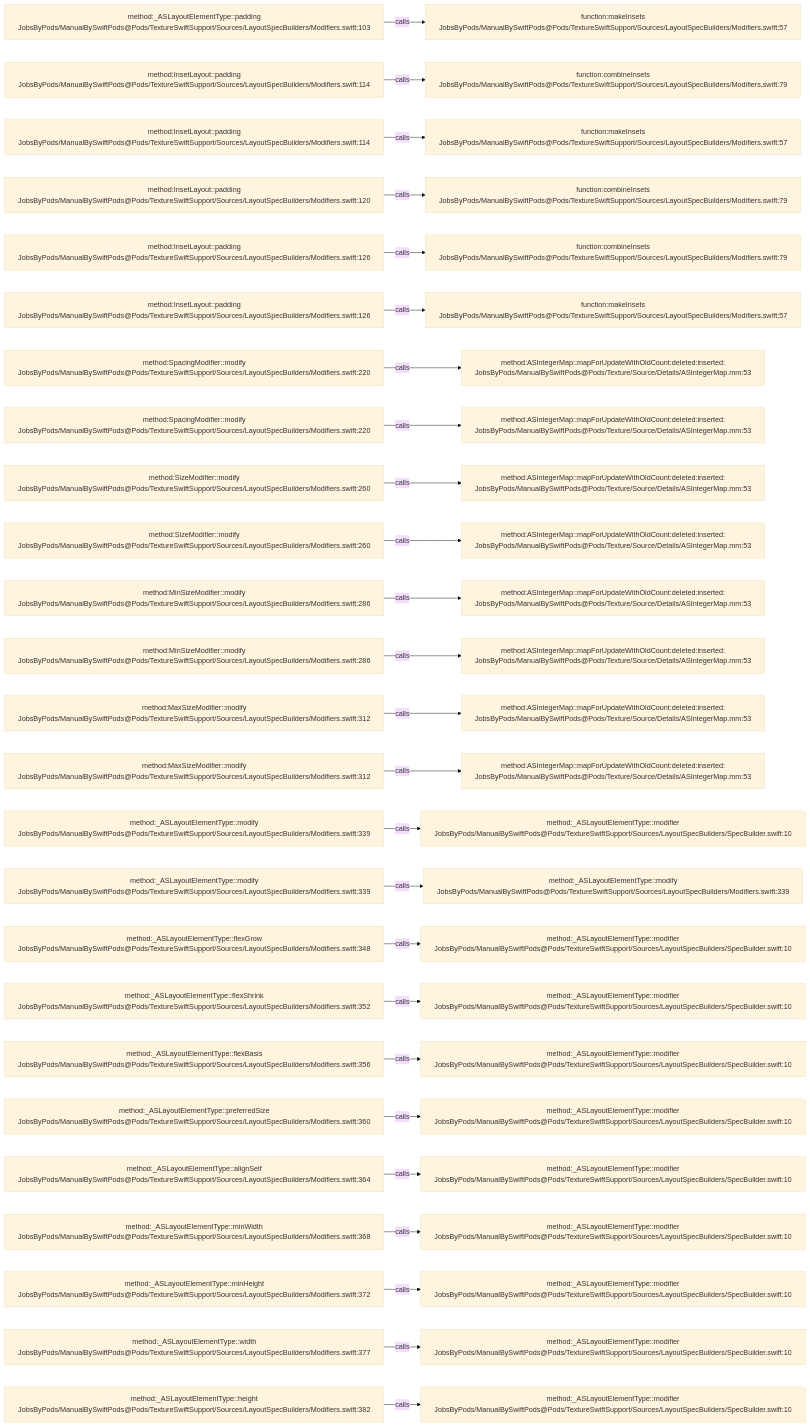
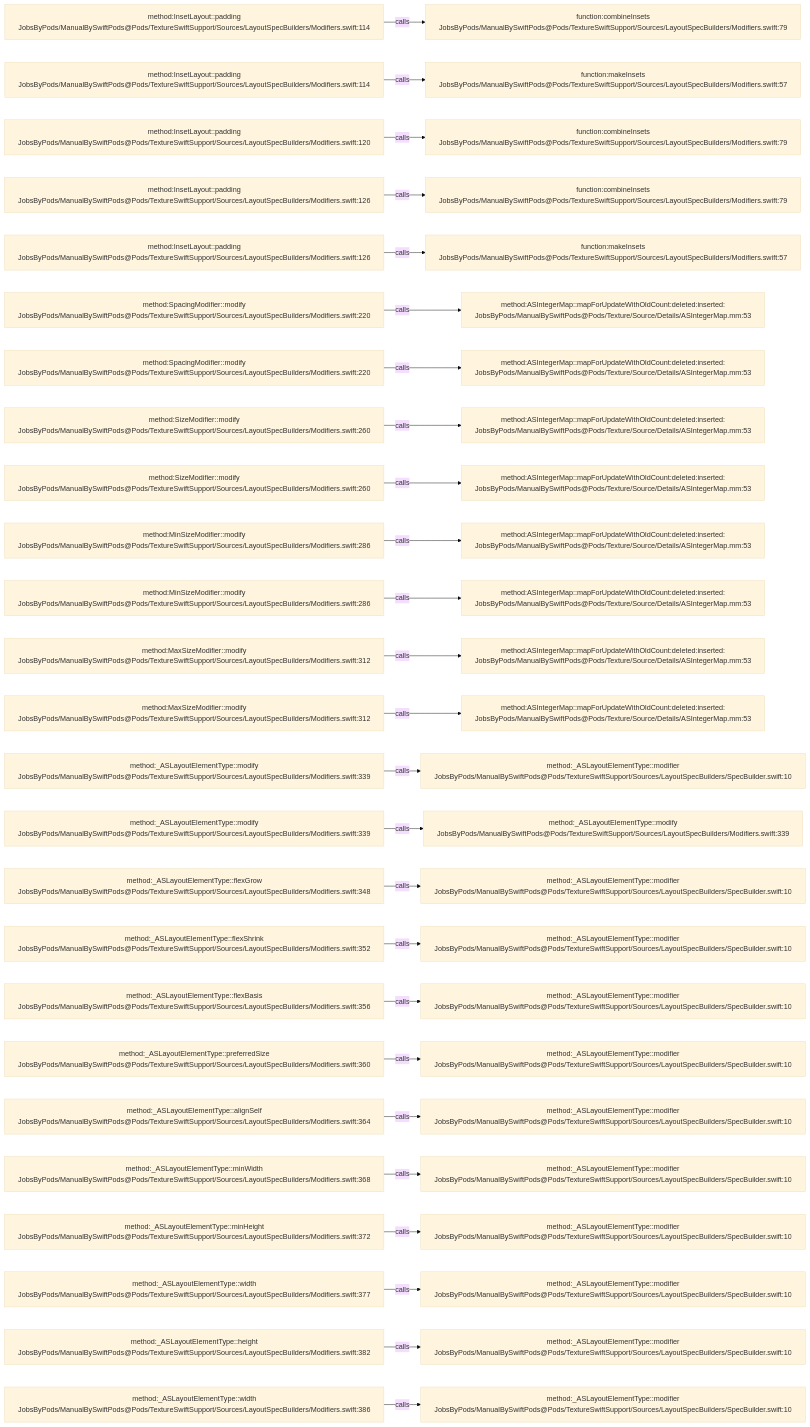
The diagram in .codegraph/codegraph.md/graphs/calls-158.md (JobsKits/JobsSwiftBaseConfigDemo), drawn with Mermaid (base theme) before and after one commit. The commit also changed 747 other files, not shown here.

````diff
--- a/.codegraph/codegraph.md/graphs/calls-158.md
+++ b/.codegraph/codegraph.md/graphs/calls-158.md
@@ -13,78 +13,78 @@
 ```mermaid
 flowchart LR
-  S1["method:_ASLayoutElementType::padding<br/>JobsByPods/ManualBySwiftPods@Pods/TextureSwiftSupport/Sources/LayoutSpecBuilders/Modifiers.swift:103"]
-  T1["function:makeInsets<br/>JobsByPods/ManualBySwiftPods@Pods/TextureSwiftSupport/Sources/LayoutSpecBuilders/Modifiers.swift:57"]
+  S1["method:InsetLayout::padding<br/>JobsByPods/ManualBySwiftPods@Pods/TextureSwiftSupport/Sources/LayoutSpecBuilders/Modifiers.swift:114"]
+  T1["function:combineInsets<br/>JobsByPods/ManualBySwiftPods@Pods/TextureSwiftSupport/Sources/LayoutSpecBuilders/Modifiers.swift:79"]
   S1 -->|calls| T1
   S2["method:InsetLayout::padding<br/>JobsByPods/ManualBySwiftPods@Pods/TextureSwiftSupport/Sources/LayoutSpecBuilders/Modifiers.swift:114"]
-  T2["function:combineInsets<br/>JobsByPods/ManualBySwiftPods@Pods/TextureSwiftSupport/Sources/LayoutSpecBuilders/Modifiers.swift:79"]
+  T2["function:makeInsets<br/>JobsByPods/ManualBySwiftPods@Pods/TextureSwiftSupport/Sources/LayoutSpecBuilders/Modifiers.swift:57"]
   S2 -->|calls| T2
-  S3["method:InsetLayout::padding<br/>JobsByPods/ManualBySwiftPods@Pods/TextureSwiftSupport/Sources/LayoutSpecBuilders/Modifiers.swift:114"]
-  T3["function:makeInsets<br/>JobsByPods/ManualBySwiftPods@Pods/TextureSwiftSupport/Sources/LayoutSpecBuilders/Modifiers.swift:57"]
+  S3["method:InsetLayout::padding<br/>JobsByPods/ManualBySwiftPods@Pods/TextureSwiftSupport/Sources/LayoutSpecBuilders/Modifiers.swift:120"]
+  T3["function:combineInsets<br/>JobsByPods/ManualBySwiftPods@Pods/TextureSwiftSupport/Sources/LayoutSpecBuilders/Modifiers.swift:79"]
   S3 -->|calls| T3
-  S4["method:InsetLayout::padding<br/>JobsByPods/ManualBySwiftPods@Pods/TextureSwiftSupport/Sources/LayoutSpecBuilders/Modifiers.swift:120"]
+  S4["method:InsetLayout::padding<br/>JobsByPods/ManualBySwiftPods@Pods/TextureSwiftSupport/Sources/LayoutSpecBuilders/Modifiers.swift:126"]
   T4["function:combineInsets<br/>JobsByPods/ManualBySwiftPods@Pods/TextureSwiftSupport/Sources/LayoutSpecBuilders/Modifiers.swift:79"]
   S4 -->|calls| T4
   S5["method:InsetLayout::padding<br/>JobsByPods/ManualBySwiftPods@Pods/TextureSwiftSupport/Sources/LayoutSpecBuilders/Modifiers.swift:126"]
-  T5["function:combineInsets<br/>JobsByPods/ManualBySwiftPods@Pods/TextureSwiftSupport/Sources/LayoutSpecBuilders/Modifiers.swift:79"]
+  T5["function:makeInsets<br/>JobsByPods/ManualBySwiftPods@Pods/TextureSwiftSupport/Sources/LayoutSpecBuilders/Modifiers.swift:57"]
   S5 -->|calls| T5
-  S6["method:InsetLayout::padding<br/>JobsByPods/ManualBySwiftPods@Pods/TextureSwiftSupport/Sources/LayoutSpecBuilders/Modifiers.swift:126"]
-  T6["function:makeInsets<br/>JobsByPods/ManualBySwiftPods@Pods/TextureSwiftSupport/Sources/LayoutSpecBuilders/Modifiers.swift:57"]
+  S6["method:SpacingModifier::modify<br/>JobsByPods/ManualBySwiftPods@Pods/TextureSwiftSupport/Sources/LayoutSpecBuilders/Modifiers.swift:220"]
+  T6["method:ASIntegerMap::mapForUpdateWithOldCount:deleted:inserted:<br/>JobsByPods/ManualBySwiftPods@Pods/Texture/Source/Details/ASIntegerMap.mm:53"]
   S6 -->|calls| T6
   S7["method:SpacingModifier::modify<br/>JobsByPods/ManualBySwiftPods@Pods/TextureSwiftSupport/Sources/LayoutSpecBuilders/Modifiers.swift:220"]
   T7["method:ASIntegerMap::mapForUpdateWithOldCount:deleted:inserted:<br/>JobsByPods/ManualBySwiftPods@Pods/Texture/Source/Details/ASIntegerMap.mm:53"]
   S7 -->|calls| T7
-  S8["method:SpacingModifier::modify<br/>JobsByPods/ManualBySwiftPods@Pods/TextureSwiftSupport/Sources/LayoutSpecBuilders/Modifiers.swift:220"]
+  S8["method:SizeModifier::modify<br/>JobsByPods/ManualBySwiftPods@Pods/TextureSwiftSupport/Sources/LayoutSpecBuilders/Modifiers.swift:260"]
   T8["method:ASIntegerMap::mapForUpdateWithOldCount:deleted:inserted:<br/>JobsByPods/ManualBySwiftPods@Pods/Texture/Source/Details/ASIntegerMap.mm:53"]
   S8 -->|calls| T8
   S9["method:SizeModifier::modify<br/>JobsByPods/ManualBySwiftPods@Pods/TextureSwiftSupport/Sources/LayoutSpecBuilders/Modifiers.swift:260"]
   T9["method:ASIntegerMap::mapForUpdateWithOldCount:deleted:inserted:<br/>JobsByPods/ManualBySwiftPods@Pods/Texture/Source/Details/ASIntegerMap.mm:53"]
   S9 -->|calls| T9
-  S10["method:SizeModifier::modify<br/>JobsByPods/ManualBySwiftPods@Pods/TextureSwiftSupport/Sources/LayoutSpecBuilders/Modifiers.swift:260"]
+  S10["method:MinSizeModifier::modify<br/>JobsByPods/ManualBySwiftPods@Pods/TextureSwiftSupport/Sources/LayoutSpecBuilders/Modifiers.swift:286"]
   T10["method:ASIntegerMap::mapForUpdateWithOldCount:deleted:inserted:<br/>JobsByPods/ManualBySwiftPods@Pods/Texture/Source/Details/ASIntegerMap.mm:53"]
   S10 -->|calls| T10
   S11["method:MinSizeModifier::modify<br/>JobsByPods/ManualBySwiftPods@Pods/TextureSwiftSupport/Sources/LayoutSpecBuilders/Modifiers.swift:286"]
   T11["method:ASIntegerMap::mapForUpdateWithOldCount:deleted:inserted:<br/>JobsByPods/ManualBySwiftPods@Pods/Texture/Source/Details/ASIntegerMap.mm:53"]
   S11 -->|calls| T11
-  S12["method:MinSizeModifier::modify<br/>JobsByPods/ManualBySwiftPods@Pods/TextureSwiftSupport/Sources/LayoutSpecBuilders/Modifiers.swift:286"]
+  S12["method:MaxSizeModifier::modify<br/>JobsByPods/ManualBySwiftPods@Pods/TextureSwiftSupport/Sources/LayoutSpecBuilders/Modifiers.swift:312"]
   T12["method:ASIntegerMap::mapForUpdateWithOldCount:deleted:inserted:<br/>JobsByPods/ManualBySwiftPods@Pods/Texture/Source/Details/ASIntegerMap.mm:53"]
   S12 -->|calls| T12
   S13["method:MaxSizeModifier::modify<br/>JobsByPods/ManualBySwiftPods@Pods/TextureSwiftSupport/Sources/LayoutSpecBuilders/Modifiers.swift:312"]
   T13["method:ASIntegerMap::mapForUpdateWithOldCount:deleted:inserted:<br/>JobsByPods/ManualBySwiftPods@Pods/Texture/Source/Details/ASIntegerMap.mm:53"]
   S13 -->|calls| T13
-  S14["method:MaxSizeModifier::modify<br/>JobsByPods/ManualBySwiftPods@Pods/TextureSwiftSupport/Sources/LayoutSpecBuilders/Modifiers.swift:312"]
-  T14["method:ASIntegerMap::mapForUpdateWithOldCount:deleted:inserted:<br/>JobsByPods/ManualBySwiftPods@Pods/Texture/Source/Details/ASIntegerMap.mm:53"]
+  S14["method:_ASLayoutElementType::modify<br/>JobsByPods/ManualBySwiftPods@Pods/TextureSwiftSupport/Sources/LayoutSpecBuilders/Modifiers.swift:339"]
+  T14["method:_ASLayoutElementType::modifier<br/>JobsByPods/ManualBySwiftPods@Pods/TextureSwiftSupport/Sources/LayoutSpecBuilders/SpecBuilder.swift:10"]
   S14 -->|calls| T14
   S15["method:_ASLayoutElementType::modify<br/>JobsByPods/ManualBySwiftPods@Pods/TextureSwiftSupport/Sources/LayoutSpecBuilders/Modifiers.swift:339"]
-  T15["method:_ASLayoutElementType::modifier<br/>JobsByPods/ManualBySwiftPods@Pods/TextureSwiftSupport/Sources/LayoutSpecBuilders/SpecBuilder.swift:10"]
+  T15["method:_ASLayoutElementType::modify<br/>JobsByPods/ManualBySwiftPods@Pods/TextureSwiftSupport/Sources/LayoutSpecBuilders/Modifiers.swift:339"]
   S15 -->|calls| T15
-  S16["method:_ASLayoutElementType::modify<br/>JobsByPods/ManualBySwiftPods@Pods/TextureSwiftSupport/Sources/LayoutSpecBuilders/Modifiers.swift:339"]
-  T16["method:_ASLayoutElementType::modify<br/>JobsByPods/ManualBySwiftPods@Pods/TextureSwiftSupport/Sources/LayoutSpecBuilders/Modifiers.swift:339"]
+  S16["method:_ASLayoutElementType::flexGrow<br/>JobsByPods/ManualBySwiftPods@Pods/TextureSwiftSupport/Sources/LayoutSpecBuilders/Modifiers.swift:348"]
+  T16["method:_ASLayoutElementType::modifier<br/>JobsByPods/ManualBySwiftPods@Pods/TextureSwiftSupport/Sources/LayoutSpecBuilders/SpecBuilder.swift:10"]
   S16 -->|calls| T16
-  S17["method:_ASLayoutElementType::flexGrow<br/>JobsByPods/ManualBySwiftPods@Pods/TextureSwiftSupport/Sources/LayoutSpecBuilders/Modifiers.swift:348"]
+  S17["method:_ASLayoutElementType::flexShrink<br/>JobsByPods/ManualBySwiftPods@Pods/TextureSwiftSupport/Sources/LayoutSpecBuilders/Modifiers.swift:352"]
   T17["method:_ASLayoutElementType::modifier<br/>JobsByPods/ManualBySwiftPods@Pods/TextureSwiftSupport/Sources/LayoutSpecBuilders/SpecBuilder.swift:10"]
   S17 -->|calls| T17
-  S18["method:_ASLayoutElementType::flexShrink<br/>JobsByPods/ManualBySwiftPods@Pods/TextureSwiftSupport/Sources/LayoutSpecBuilders/Modifiers.swift:352"]
+  S18["method:_ASLayoutElementType::flexBasis<br/>JobsByPods/ManualBySwiftPods@Pods/TextureSwiftSupport/Sources/LayoutSpecBuilders/Modifiers.swift:356"]
   T18["method:_ASLayoutElementType::modifier<br/>JobsByPods/ManualBySwiftPods@Pods/TextureSwiftSupport/Sources/LayoutSpecBuilders/SpecBuilder.swift:10"]
   S18 -->|calls| T18
-  S19["method:_ASLayoutElementType::flexBasis<br/>JobsByPods/ManualBySwiftPods@Pods/TextureSwiftSupport/Sources/LayoutSpecBuilders/Modifiers.swift:356"]
+  S19["method:_ASLayoutElementType::preferredSize<br/>JobsByPods/ManualBySwiftPods@Pods/TextureSwiftSupport/Sources/LayoutSpecBuilders/Modifiers.swift:360"]
   T19["method:_ASLayoutElementType::modifier<br/>JobsByPods/ManualBySwiftPods@Pods/TextureSwiftSupport/Sources/LayoutSpecBuilders/SpecBuilder.swift:10"]
   S19 -->|calls| T19
-  S20["method:_ASLayoutElementType::preferredSize<br/>JobsByPods/ManualBySwiftPods@Pods/TextureSwiftSupport/Sources/LayoutSpecBuilders/Modifiers.swift:360"]
+  S20["method:_ASLayoutElementType::alignSelf<br/>JobsByPods/ManualBySwiftPods@Pods/TextureSwiftSupport/Sources/LayoutSpecBuilders/Modifiers.swift:364"]
   T20["method:_ASLayoutElementType::modifier<br/>JobsByPods/ManualBySwiftPods@Pods/TextureSwiftSupport/Sources/LayoutSpecBuilders/SpecBuilder.swift:10"]
   S20 -->|calls| T20
-  S21["method:_ASLayoutElementType::alignSelf<br/>JobsByPods/ManualBySwiftPods@Pods/TextureSwiftSupport/Sources/LayoutSpecBuilders/Modifiers.swift:364"]
+  S21["method:_ASLayoutElementType::minWidth<br/>JobsByPods/ManualBySwiftPods@Pods/TextureSwiftSupport/Sources/LayoutSpecBuilders/Modifiers.swift:368"]
   T21["method:_ASLayoutElementType::modifier<br/>JobsByPods/ManualBySwiftPods@Pods/TextureSwiftSupport/Sources/LayoutSpecBuilders/SpecBuilder.swift:10"]
   S21 -->|calls| T21
-  S22["method:_ASLayoutElementType::minWidth<br/>JobsByPods/ManualBySwiftPods@Pods/TextureSwiftSupport/Sources/LayoutSpecBuilders/Modifiers.swift:368"]
+  S22["method:_ASLayoutElementType::minHeight<br/>JobsByPods/ManualBySwiftPods@Pods/TextureSwiftSupport/Sources/LayoutSpecBuilders/Modifiers.swift:372"]
   T22["method:_ASLayoutElementType::modifier<br/>JobsByPods/ManualBySwiftPods@Pods/TextureSwiftSupport/Sources/LayoutSpecBuilders/SpecBuilder.swift:10"]
   S22 -->|calls| T22
-  S23["method:_ASLayoutElementType::minHeight<br/>JobsByPods/ManualBySwiftPods@Pods/TextureSwiftSupport/Sources/LayoutSpecBuilders/Modifiers.swift:372"]
+  S23["method:_ASLayoutElementType::width<br/>JobsByPods/ManualBySwiftPods@Pods/TextureSwiftSupport/Sources/LayoutSpecBuilders/Modifiers.swift:377"]
   T23["method:_ASLayoutElementType::modifier<br/>JobsByPods/ManualBySwiftPods@Pods/TextureSwiftSupport/Sources/LayoutSpecBuilders/SpecBuilder.swift:10"]
   S23 -->|calls| T23
-  S24["method:_ASLayoutElementType::width<br/>JobsByPods/ManualBySwiftPods@Pods/TextureSwiftSupport/Sources/LayoutSpecBuilders/Modifiers.swift:377"]
+  S24["method:_ASLayoutElementType::height<br/>JobsByPods/ManualBySwiftPods@Pods/TextureSwiftSupport/Sources/LayoutSpecBuilders/Modifiers.swift:382"]
   T24["method:_ASLayoutElementType::modifier<br/>JobsByPods/ManualBySwiftPods@Pods/TextureSwiftSupport/Sources/LayoutSpecBuilders/SpecBuilder.swift:10"]
   S24 -->|calls| T24
-  S25["method:_ASLayoutElementType::height<br/>JobsByPods/ManualBySwiftPods@Pods/TextureSwiftSupport/Sources/LayoutSpecBuilders/Modifiers.swift:382"]
+  S25["method:_ASLayoutElementType::width<br/>JobsByPods/ManualBySwiftPods@Pods/TextureSwiftSupport/Sources/LayoutSpecBuilders/Modifiers.swift:386"]
   T25["method:_ASLayoutElementType::modifier<br/>JobsByPods/ManualBySwiftPods@Pods/TextureSwiftSupport/Sources/LayoutSpecBuilders/SpecBuilder.swift:10"]
   S25 -->|calls| T25
 ```
````
